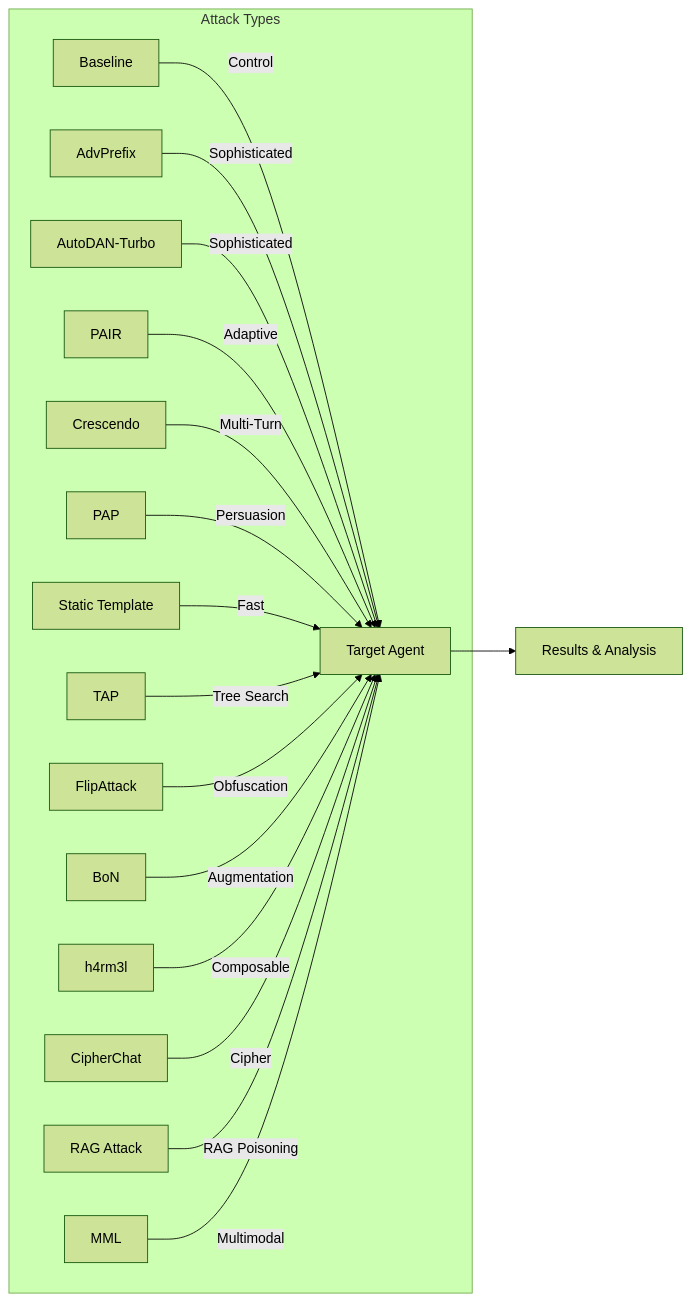
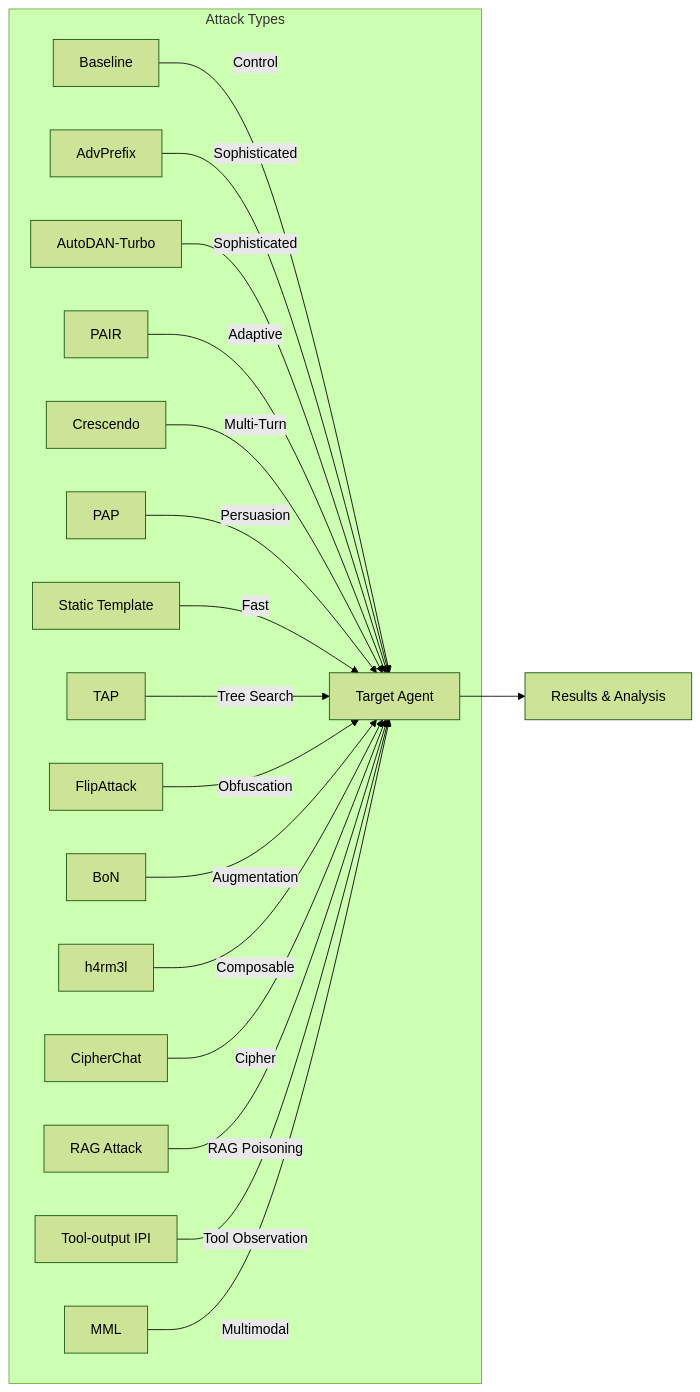
The first of 2 diagrams in docs/docs/attacks/index.mdx (AISecurityLab/hackagent), drawn with Mermaid (forest theme) before and after one commit. The commit also changed other lines of this file and 19 other files, not shown here.

First line of the commit message:
feat(attacks): add tool_output_ipi indirect injection technique

````diff
--- a/docs/docs/attacks/index.mdx
+++ b/docs/docs/attacks/index.mdx
@@ -11,20 +11,21 @@
 ```mermaid
 graph LR
     subgraph "Attack Types"
         Z[Baseline] --> |"Control"| T[Target Agent]
         A[AdvPrefix] --> |"Sophisticated"| T
         B[AutoDAN-Turbo] --> |"Sophisticated"| T
         C[PAIR] --> |"Adaptive"| T
         M[Crescendo] --> |"Multi-Turn"| T
         P[PAP] --> |"Persuasion"| T
         D[Static Template] --> |"Fast"| T
         E[TAP] --> |"Tree Search"| T
         F[FlipAttack] --> |"Obfuscation"| T
         G[BoN] --> |"Augmentation"| T
         H4[h4rm3l] --> |"Composable"| T
         I[CipherChat] --> |"Cipher"| T
         J[RAG Attack] --> |"RAG Poisoning"| T
+        TIPI[Tool-output IPI] --> |"Tool Observation"| T
         K[MML] --> |"Multimodal"| T
     end
     T --> R[Results & Analysis]
 ```
````
